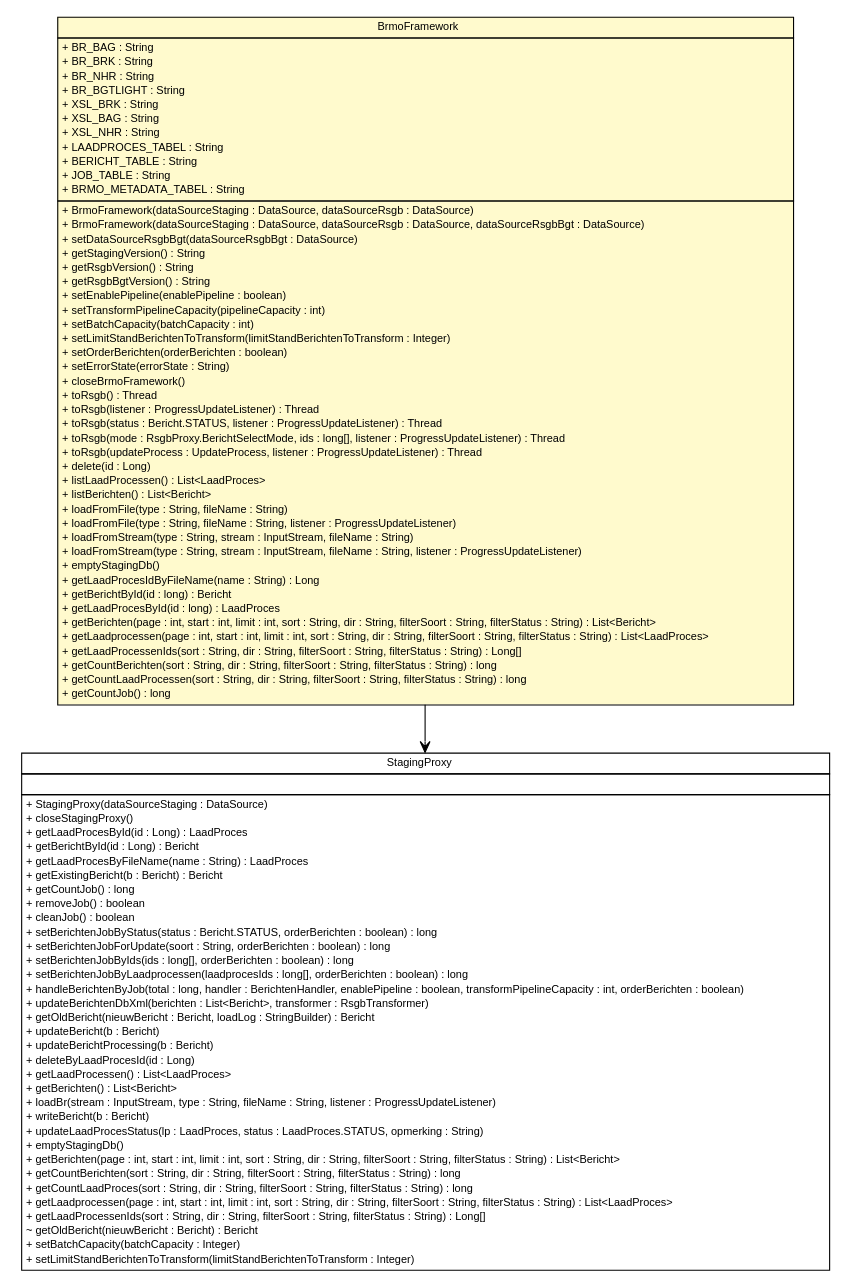
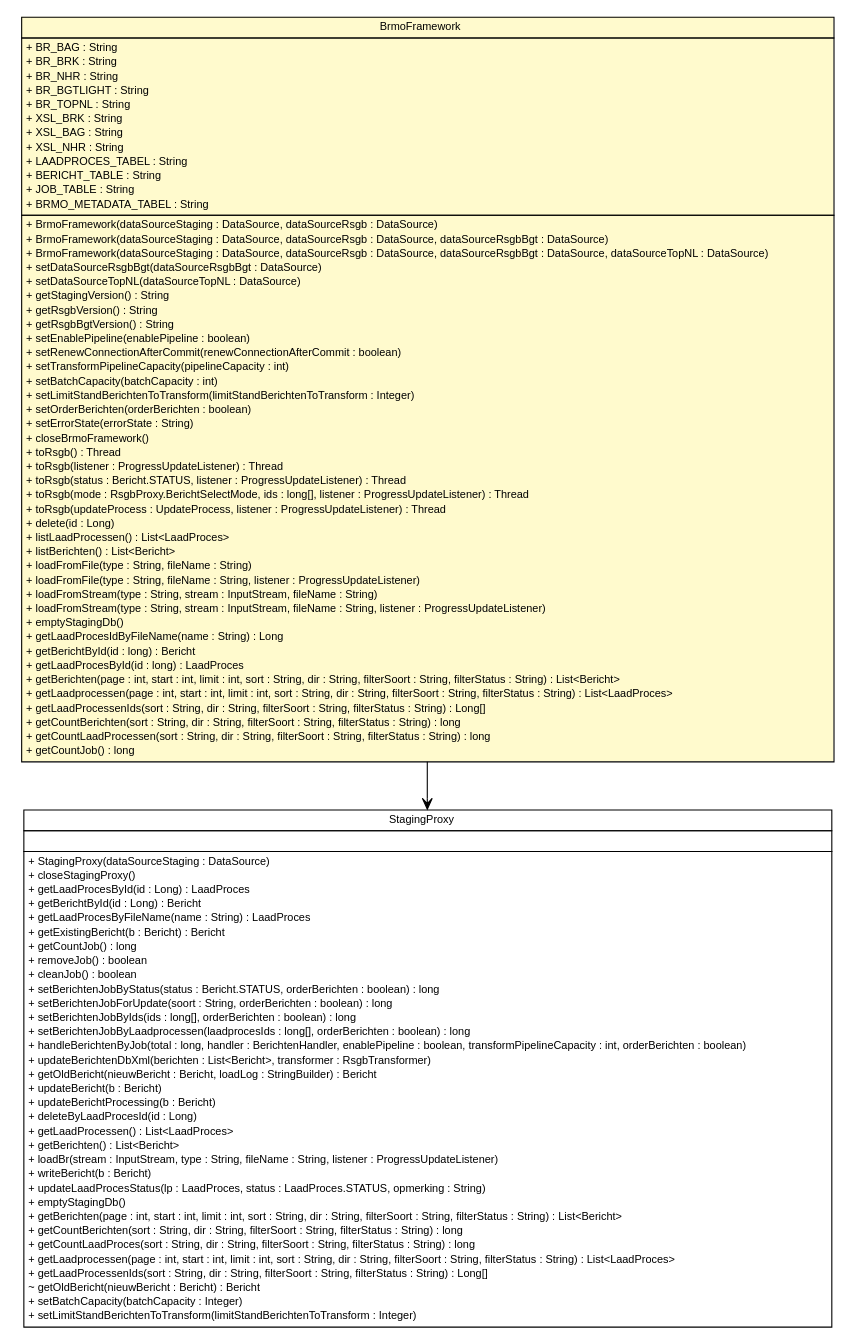
Before and after one commit to B3Partners/brmo: the diagram in brmo-loader/apidocs/nl/b3p/brmo/loader/BrmoFramework.dot, drawn with Graphviz. The commit also changed 377 other files, not shown here.

```diff
--- a/brmo-loader/apidocs/nl/b3p/brmo/loader/BrmoFramework.dot
+++ b/brmo-loader/apidocs/nl/b3p/brmo/loader/BrmoFramework.dot
@@ -9,8 +9,68 @@
 	node [fontname="Helvetica",fontsize=10,shape=plaintext];
 	nodesep=0.25;
 	ranksep=0.5;
+	// nl.b3p.brmo.loader.BrmoFramework
+	c1013 [label=<<table title="nl.b3p.brmo.loader.BrmoFramework" border="0" cellborder="1" cellspacing="0" cellpadding="2" port="p" bgcolor="lemonChiffon" href="./BrmoFramework.html">
+		<tr><td><table border="0" cellspacing="0" cellpadding="1">
+<tr><td align="center" balign="center"> BrmoFramework </td></tr>
+		</table></td></tr>
+		<tr><td><table border="0" cellspacing="0" cellpadding="1">
+<tr><td align="left" balign="left"> + BR_BAG : String </td></tr>
+<tr><td align="left" balign="left"> + BR_BRK : String </td></tr>
+<tr><td align="left" balign="left"> + BR_NHR : String </td></tr>
+<tr><td align="left" balign="left"> + BR_BGTLIGHT : String </td></tr>
+<tr><td align="left" balign="left"> + BR_TOPNL : String </td></tr>
+<tr><td align="left" balign="left"> + XSL_BRK : String </td></tr>
+<tr><td align="left" balign="left"> + XSL_BAG : String </td></tr>
+<tr><td align="left" balign="left"> + XSL_NHR : String </td></tr>
+<tr><td align="left" balign="left"> + LAADPROCES_TABEL : String </td></tr>
+<tr><td align="left" balign="left"> + BERICHT_TABLE : String </td></tr>
+<tr><td align="left" balign="left"> + JOB_TABLE : String </td></tr>
+<tr><td align="left" balign="left"> + BRMO_METADATA_TABEL : String </td></tr>
+		</table></td></tr>
+		<tr><td><table border="0" cellspacing="0" cellpadding="1">
+<tr><td align="left" balign="left"> + BrmoFramework(dataSourceStaging : DataSource, dataSourceRsgb : DataSource) </td></tr>
+<tr><td align="left" balign="left"> + BrmoFramework(dataSourceStaging : DataSource, dataSourceRsgb : DataSource, dataSourceRsgbBgt : DataSource) </td></tr>
+<tr><td align="left" balign="left"> + BrmoFramework(dataSourceStaging : DataSource, dataSourceRsgb : DataSource, dataSourceRsgbBgt : DataSource, dataSourceTopNL : DataSource) </td></tr>
+<tr><td align="left" balign="left"> + setDataSourceRsgbBgt(dataSourceRsgbBgt : DataSource) </td></tr>
+<tr><td align="left" balign="left"> + setDataSourceTopNL(dataSourceTopNL : DataSource) </td></tr>
+<tr><td align="left" balign="left"> + getStagingVersion() : String </td></tr>
+<tr><td align="left" balign="left"> + getRsgbVersion() : String </td></tr>
+<tr><td align="left" balign="left"> + getRsgbBgtVersion() : String </td></tr>
+<tr><td align="left" balign="left"> + setEnablePipeline(enablePipeline : boolean) </td></tr>
+<tr><td align="left" balign="left"> + setRenewConnectionAfterCommit(renewConnectionAfterCommit : boolean) </td></tr>
+<tr><td align="left" balign="left"> + setTransformPipelineCapacity(pipelineCapacity : int) </td></tr>
+<tr><td align="left" balign="left"> + setBatchCapacity(batchCapacity : int) </td></tr>
+<tr><td align="left" balign="left"> + setLimitStandBerichtenToTransform(limitStandBerichtenToTransform : Integer) </td></tr>
+<tr><td align="left" balign="left"> + setOrderBerichten(orderBerichten : boolean) </td></tr>
+<tr><td align="left" balign="left"> + setErrorState(errorState : String) </td></tr>
+<tr><td align="left" balign="left"> + closeBrmoFramework() </td></tr>
+<tr><td align="left" balign="left"> + toRsgb() : Thread </td></tr>
+<tr><td align="left" balign="left"> + toRsgb(listener : ProgressUpdateListener) : Thread </td></tr>
+<tr><td align="left" balign="left"> + toRsgb(status : Bericht.STATUS, listener : ProgressUpdateListener) : Thread </td></tr>
+<tr><td align="left" balign="left"> + toRsgb(mode : RsgbProxy.BerichtSelectMode, ids : long[], listener : ProgressUpdateListener) : Thread </td></tr>
+<tr><td align="left" balign="left"> + toRsgb(updateProcess : UpdateProcess, listener : ProgressUpdateListener) : Thread </td></tr>
+<tr><td align="left" balign="left"> + delete(id : Long) </td></tr>
+<tr><td align="left" balign="left"> + listLaadProcessen() : List&lt;LaadProces&gt; </td></tr>
+<tr><td align="left" balign="left"> + listBerichten() : List&lt;Bericht&gt; </td></tr>
+<tr><td align="left" balign="left"> + loadFromFile(type : String, fileName : String) </td></tr>
+<tr><td align="left" balign="left"> + loadFromFile(type : String, fileName : String, listener : ProgressUpdateListener) </td></tr>
+<tr><td align="left" balign="left"> + loadFromStream(type : String, stream : InputStream, fileName : String) </td></tr>
+<tr><td align="left" balign="left"> + loadFromStream(type : String, stream : InputStream, fileName : String, listener : ProgressUpdateListener) </td></tr>
+<tr><td align="left" balign="left"> + emptyStagingDb() </td></tr>
+<tr><td align="left" balign="left"> + getLaadProcesIdByFileName(name : String) : Long </td></tr>
+<tr><td align="left" balign="left"> + getBerichtById(id : long) : Bericht </td></tr>
+<tr><td align="left" balign="left"> + getLaadProcesById(id : long) : LaadProces </td></tr>
+<tr><td align="left" balign="left"> + getBerichten(page : int, start : int, limit : int, sort : String, dir : String, filterSoort : String, filterStatus : String) : List&lt;Bericht&gt; </td></tr>
+<tr><td align="left" balign="left"> + getLaadprocessen(page : int, start : int, limit : int, sort : String, dir : String, filterSoort : String, filterStatus : String) : List&lt;LaadProces&gt; </td></tr>
+<tr><td align="left" balign="left"> + getLaadProcessenIds(sort : String, dir : String, filterSoort : String, filterStatus : String) : Long[] </td></tr>
+<tr><td align="left" balign="left"> + getCountBerichten(sort : String, dir : String, filterSoort : String, filterStatus : String) : long </td></tr>
+<tr><td align="left" balign="left"> + getCountLaadProcessen(sort : String, dir : String, filterSoort : String, filterStatus : String) : long </td></tr>
+<tr><td align="left" balign="left"> + getCountJob() : long </td></tr>
+		</table></td></tr>
+		</table>>, URL="./BrmoFramework.html", fontname="Helvetica", fontcolor="black", fontsize=10.0];
 	// nl.b3p.brmo.loader.StagingProxy
-	c1295 [label=<<table title="nl.b3p.brmo.loader.StagingProxy" border="0" cellborder="1" cellspacing="0" cellpadding="2" port="p" href="./StagingProxy.html">
+	c1014 [label=<<table title="nl.b3p.brmo.loader.StagingProxy" border="0" cellborder="1" cellspacing="0" cellpadding="2" port="p" href="./StagingProxy.html">
 		<tr><td><table border="0" cellspacing="0" cellpadding="1">
 <tr><td align="center" balign="center"> StagingProxy </td></tr>
 		</table></td></tr>
@@ -53,62 +113,6 @@
 <tr><td align="left" balign="left"> + setLimitStandBerichtenToTransform(limitStandBerichtenToTransform : Integer) </td></tr>
 		</table></td></tr>
 		</table>>, URL="./StagingProxy.html", fontname="Helvetica", fontcolor="black", fontsize=10.0];
-	// nl.b3p.brmo.loader.BrmoFramework
-	c1296 [label=<<table title="nl.b3p.brmo.loader.BrmoFramework" border="0" cellborder="1" cellspacing="0" cellpadding="2" port="p" bgcolor="lemonChiffon" href="./BrmoFramework.html">
-		<tr><td><table border="0" cellspacing="0" cellpadding="1">
-<tr><td align="center" balign="center"> BrmoFramework </td></tr>
-		</table></td></tr>
-		<tr><td><table border="0" cellspacing="0" cellpadding="1">
-<tr><td align="left" balign="left"> + BR_BAG : String </td></tr>
-<tr><td align="left" balign="left"> + BR_BRK : String </td></tr>
-<tr><td align="left" balign="left"> + BR_NHR : String </td></tr>
-<tr><td align="left" balign="left"> + BR_BGTLIGHT : String </td></tr>
-<tr><td align="left" balign="left"> + XSL_BRK : String </td></tr>
-<tr><td align="left" balign="left"> + XSL_BAG : String </td></tr>
-<tr><td align="left" balign="left"> + XSL_NHR : String </td></tr>
-<tr><td align="left" balign="left"> + LAADPROCES_TABEL : String </td></tr>
-<tr><td align="left" balign="left"> + BERICHT_TABLE : String </td></tr>
-<tr><td align="left" balign="left"> + JOB_TABLE : String </td></tr>
-<tr><td align="left" balign="left"> + BRMO_METADATA_TABEL : String </td></tr>
-		</table></td></tr>
-		<tr><td><table border="0" cellspacing="0" cellpadding="1">
-<tr><td align="left" balign="left"> + BrmoFramework(dataSourceStaging : DataSource, dataSourceRsgb : DataSource) </td></tr>
-<tr><td align="left" balign="left"> + BrmoFramework(dataSourceStaging : DataSource, dataSourceRsgb : DataSource, dataSourceRsgbBgt : DataSource) </td></tr>
-<tr><td align="left" balign="left"> + setDataSourceRsgbBgt(dataSourceRsgbBgt : DataSource) </td></tr>
-<tr><td align="left" balign="left"> + getStagingVersion() : String </td></tr>
-<tr><td align="left" balign="left"> + getRsgbVersion() : String </td></tr>
-<tr><td align="left" balign="left"> + getRsgbBgtVersion() : String </td></tr>
-<tr><td align="left" balign="left"> + setEnablePipeline(enablePipeline : boolean) </td></tr>
-<tr><td align="left" balign="left"> + setTransformPipelineCapacity(pipelineCapacity : int) </td></tr>
-<tr><td align="left" balign="left"> + setBatchCapacity(batchCapacity : int) </td></tr>
-<tr><td align="left" balign="left"> + setLimitStandBerichtenToTransform(limitStandBerichtenToTransform : Integer) </td></tr>
-<tr><td align="left" balign="left"> + setOrderBerichten(orderBerichten : boolean) </td></tr>
-<tr><td align="left" balign="left"> + setErrorState(errorState : String) </td></tr>
-<tr><td align="left" balign="left"> + closeBrmoFramework() </td></tr>
-<tr><td align="left" balign="left"> + toRsgb() : Thread </td></tr>
-<tr><td align="left" balign="left"> + toRsgb(listener : ProgressUpdateListener) : Thread </td></tr>
-<tr><td align="left" balign="left"> + toRsgb(status : Bericht.STATUS, listener : ProgressUpdateListener) : Thread </td></tr>
-<tr><td align="left" balign="left"> + toRsgb(mode : RsgbProxy.BerichtSelectMode, ids : long[], listener : ProgressUpdateListener) : Thread </td></tr>
-<tr><td align="left" balign="left"> + toRsgb(updateProcess : UpdateProcess, listener : ProgressUpdateListener) : Thread </td></tr>
-<tr><td align="left" balign="left"> + delete(id : Long) </td></tr>
-<tr><td align="left" balign="left"> + listLaadProcessen() : List&lt;LaadProces&gt; </td></tr>
-<tr><td align="left" balign="left"> + listBerichten() : List&lt;Bericht&gt; </td></tr>
-<tr><td align="left" balign="left"> + loadFromFile(type : String, fileName : String) </td></tr>
-<tr><td align="left" balign="left"> + loadFromFile(type : String, fileName : String, listener : ProgressUpdateListener) </td></tr>
-<tr><td align="left" balign="left"> + loadFromStream(type : String, stream : InputStream, fileName : String) </td></tr>
-<tr><td align="left" balign="left"> + loadFromStream(type : String, stream : InputStream, fileName : String, listener : ProgressUpdateListener) </td></tr>
-<tr><td align="left" balign="left"> + emptyStagingDb() </td></tr>
-<tr><td align="left" balign="left"> + getLaadProcesIdByFileName(name : String) : Long </td></tr>
-<tr><td align="left" balign="left"> + getBerichtById(id : long) : Bericht </td></tr>
-<tr><td align="left" balign="left"> + getLaadProcesById(id : long) : LaadProces </td></tr>
-<tr><td align="left" balign="left"> + getBerichten(page : int, start : int, limit : int, sort : String, dir : String, filterSoort : String, filterStatus : String) : List&lt;Bericht&gt; </td></tr>
-<tr><td align="left" balign="left"> + getLaadprocessen(page : int, start : int, limit : int, sort : String, dir : String, filterSoort : String, filterStatus : String) : List&lt;LaadProces&gt; </td></tr>
-<tr><td align="left" balign="left"> + getLaadProcessenIds(sort : String, dir : String, filterSoort : String, filterStatus : String) : Long[] </td></tr>
-<tr><td align="left" balign="left"> + getCountBerichten(sort : String, dir : String, filterSoort : String, filterStatus : String) : long </td></tr>
-<tr><td align="left" balign="left"> + getCountLaadProcessen(sort : String, dir : String, filterSoort : String, filterStatus : String) : long </td></tr>
-<tr><td align="left" balign="left"> + getCountJob() : long </td></tr>
-		</table></td></tr>
-		</table>>, URL="./BrmoFramework.html", fontname="Helvetica", fontcolor="black", fontsize=10.0];
 	// nl.b3p.brmo.loader.BrmoFramework NAVASSOC nl.b3p.brmo.loader.StagingProxy
-	c1296:p -> c1295:p [taillabel="", label="", headlabel="", fontname="Helvetica", fontcolor="black", fontsize=10.0, color="black", arrowhead=open];
+	c1013:p -> c1014:p [taillabel="", label="", headlabel="", fontname="Helvetica", fontcolor="black", fontsize=10.0, color="black", arrowhead=open];
 }
```
